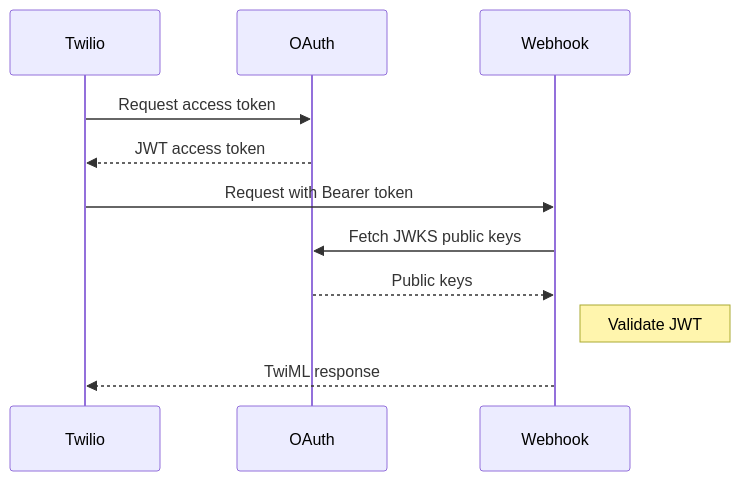
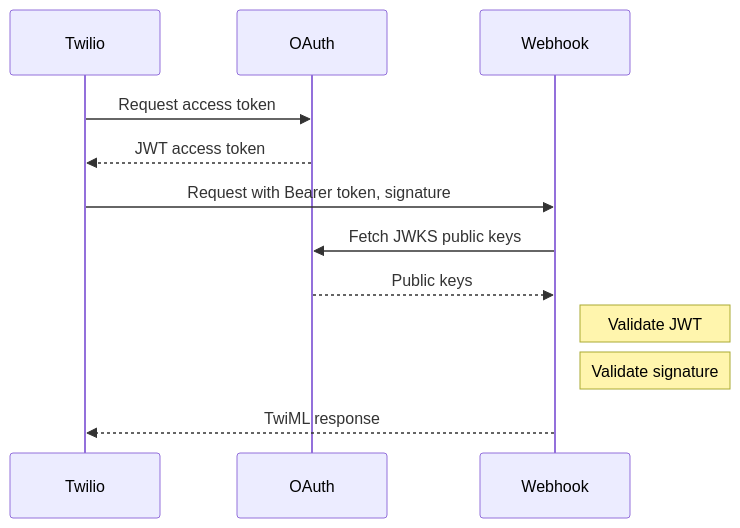
One commit to chaosloth/twilio-oauth-webhooks changed the first of 3 diagrams in blog/twilio-oauth-webhooks.md. Above: the diagram before and after it, drawn with Mermaid. The commit also changed other lines of this file and 9 other files, not shown here.

````diff
--- a/blog/twilio-oauth-webhooks.md
+++ b/blog/twilio-oauth-webhooks.md
@@ -25,13 +49,14 @@
 ```mermaid
 sequenceDiagram
     participant Twilio
     participant OAuth
     participant Webhook
     Twilio->>OAuth: Request access token
     OAuth-->>Twilio: JWT access token
-    Twilio->>Webhook: Request with Bearer token
+    Twilio->>Webhook: Request with Bearer token, signature
     Webhook->>OAuth: Fetch JWKS public keys
     OAuth-->>Webhook: Public keys
     Note right of Webhook: Validate JWT
+    Note right of Webhook: Validate signature
     Webhook-->>Twilio: TwiML response
 ```
````
